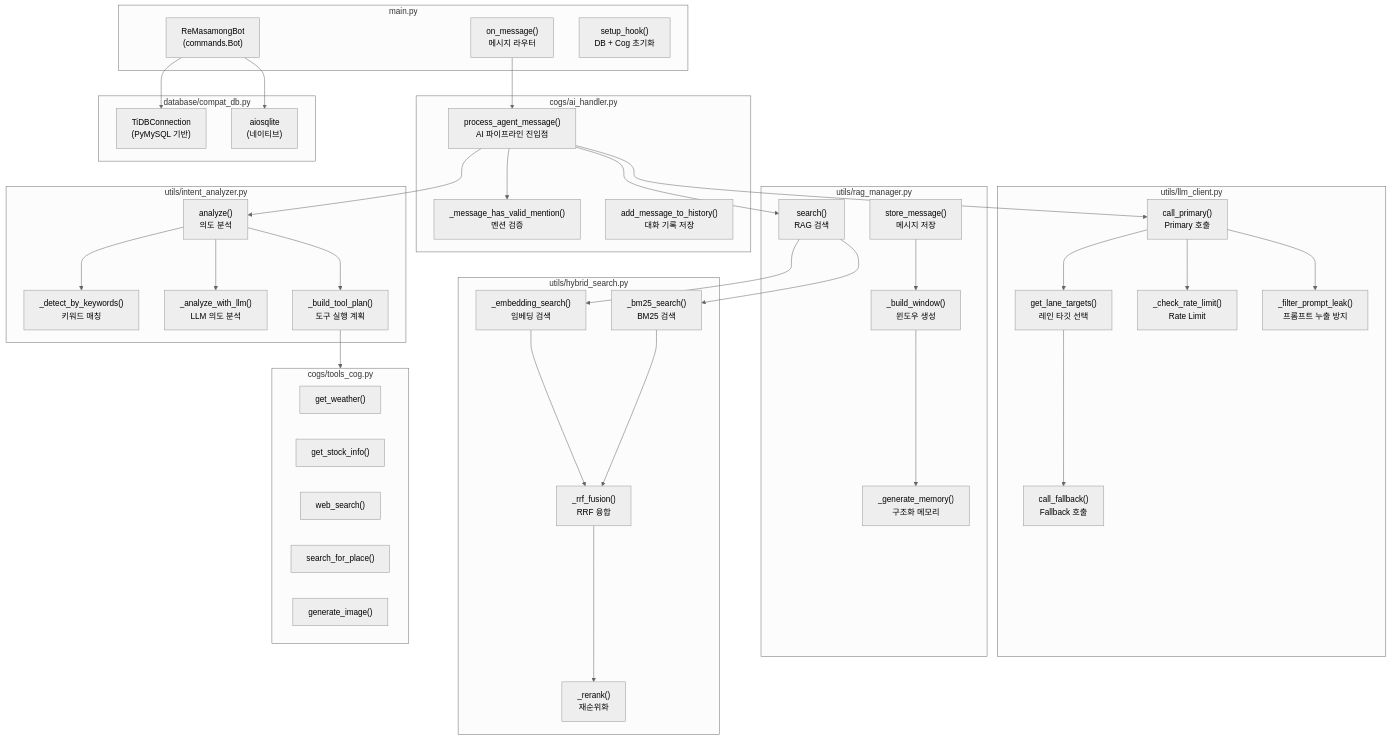
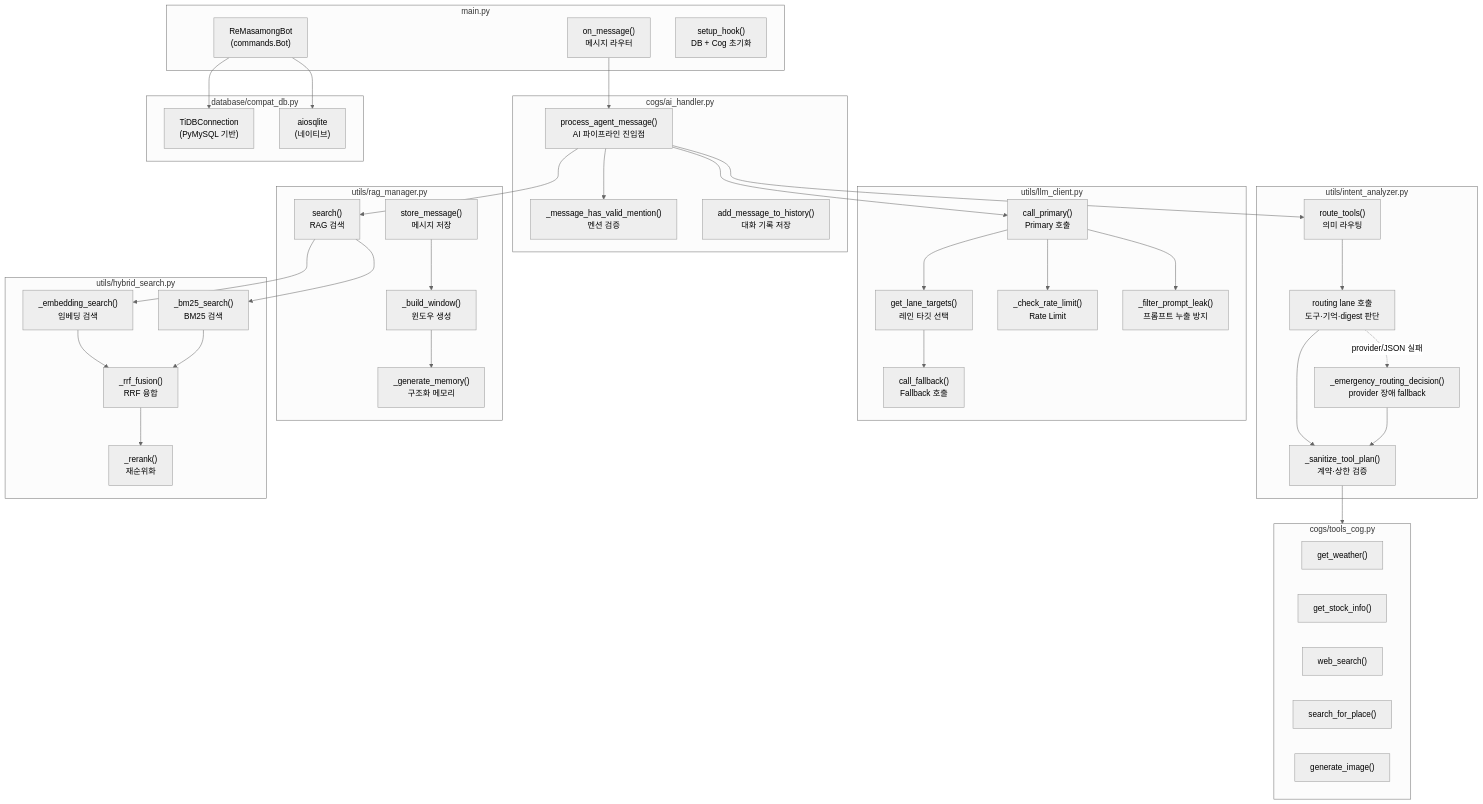
Before and after one commit to kim0040/masamong: the second of 15 diagrams in docs/UML_SPEC.ko.md, drawn with Mermaid (neutral theme). The commit also changed other lines of this file and 30 other files, not shown here.

```diff
--- a/docs/UML_SPEC.ko.md
+++ b/docs/UML_SPEC.ko.md
@@ -138,10 +138,10 @@
     end
 
     subgraph IntentModule["utils/intent_analyzer.py"]
-        Analyze["analyze()<br/>의도 분석"]
-        KeywordMatch["_detect_by_keywords()<br/>키워드 매칭"]
-        LLMAnalyze["_analyze_with_llm()<br/>LLM 의도 분석"]
-        ToolPlan["_build_tool_plan()<br/>도구 실행 계획"]
+        Analyze["route_tools()<br/>의미 라우팅"]
+        LLMAnalyze["routing lane 호출<br/>도구·기억·digest 판단"]
+        ToolPlan["_sanitize_tool_plan()<br/>계약·상한 검증"]
+        Emergency["_emergency_routing_decision()<br/>provider 장애 fallback"]
     end
 
     subgraph LLMModule["utils/llm_client.py"]
@@ -185,9 +185,10 @@
     ProcessAgent --> SearchRAG
     ProcessAgent --> PrimaryCall
     
-    Analyze --> KeywordMatch
     Analyze --> LLMAnalyze
-    Analyze --> ToolPlan
+    LLMAnalyze --> ToolPlan
+    LLMAnalyze -. "provider/JSON 실패" .-> Emergency
+    Emergency --> ToolPlan
 
     ToolPlan --> ToolsModule
 
```
